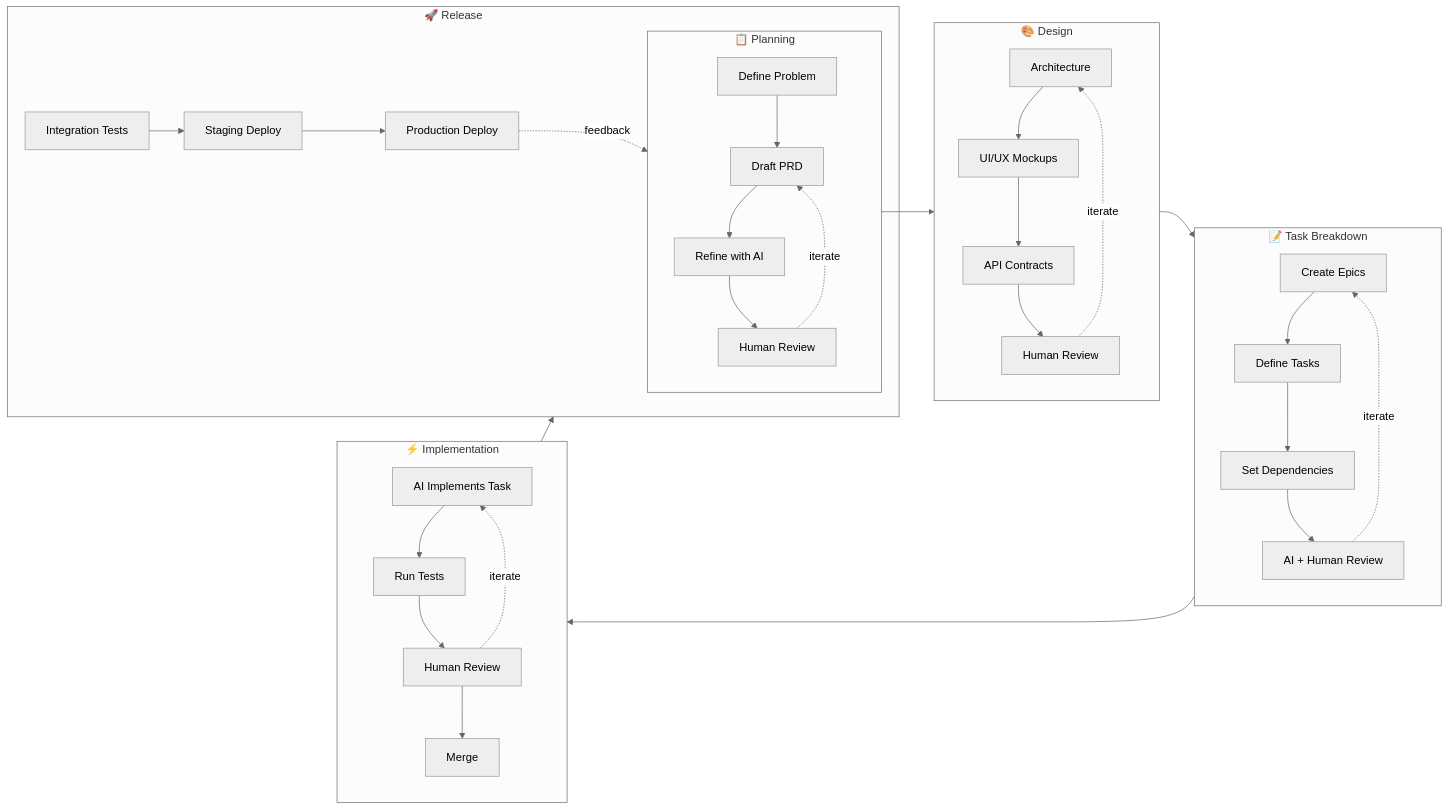
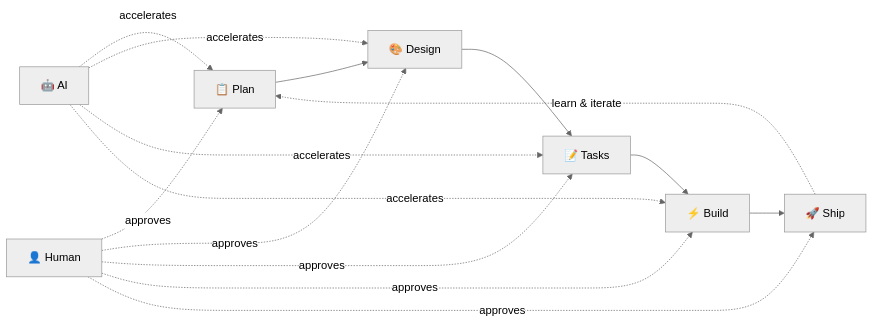
One commit to cliangdev/specflux changed the diagram in README.md. Above: the diagram before and after it, drawn with Mermaid (neutral theme). The commit also changed other lines of this file, not shown here.

Commit message:
docs: simplify Development Philosophy diagram
Focus on high-level idea:
- 5 phases: Plan → Design → Tasks → Build → Ship
- AI accelerates each phase
- Humans approve at every gate
- Simple tagline: "AI accelerates. Humans approve."

🤖 Generated with [Claude Code](https://claude.com/claude-code)

````diff
--- a/README.md
+++ b/README.md
@@ -30,38 +28,16 @@
 ```mermaid
 flowchart LR
-    subgraph Plan ["📋 Planning"]
-        P1[Define Problem] --> P2[Draft PRD]
-        P2 --> P3[Refine with AI]
-        P3 --> P4[Human Review]
-        P4 -.->|iterate| P2
-    end
+    Plan["📋 Plan"] --> Design["🎨 Design"] --> Tasks["📝 Tasks"] --> Build["⚡ Build"] --> Ship["🚀 Ship"]
+    Ship -.->|learn & iterate| Plan
 
-    subgraph Design ["🎨 Design"]
-        D1[Architecture] --> D2[UI/UX Mockups]
-        D2 --> D3[API Contracts]
-        D3 --> D4[Human Review]
-        D4 -.->|iterate| D1
-    end
+    AI["🤖 AI"] -.->|accelerates| Plan
+    AI -.->|accelerates| Design
+    AI -.->|accelerates| Tasks
+    AI -.->|accelerates| Build
 
-    subgraph Break ["📝 Task Breakdown"]
-        B1[Create Epics] --> B2[Define Tasks]
-        B2 --> B3[Set Dependencies]
-        B3 --> B4[AI + Human Review]
-        B4 -.->|iterate| B1
-    end
-
-    subgraph Impl ["⚡ Implementation"]
-        I1[AI Implements Task] --> I2[Run Tests]
-        I2 --> I3[Human Review]
-        I3 -.->|iterate| I1
-        I3 --> I4[Merge]
-    end
-
-    subgraph Release ["🚀 Release"]
-        R1[Integration Tests] --> R2[Staging Deploy]
-        R2 --> R3[Production Deploy]
-        R3 -.->|feedback| Plan
-    end
-
-    Plan --> Design --> Break --> Impl --> Release
+    Human["👤 Human"] -.->|approves| Plan
+    Human -.->|approves| Design
+    Human -.->|approves| Tasks
+    Human -.->|approves| Build
+    Human -.->|approves| Ship
 ```
````
